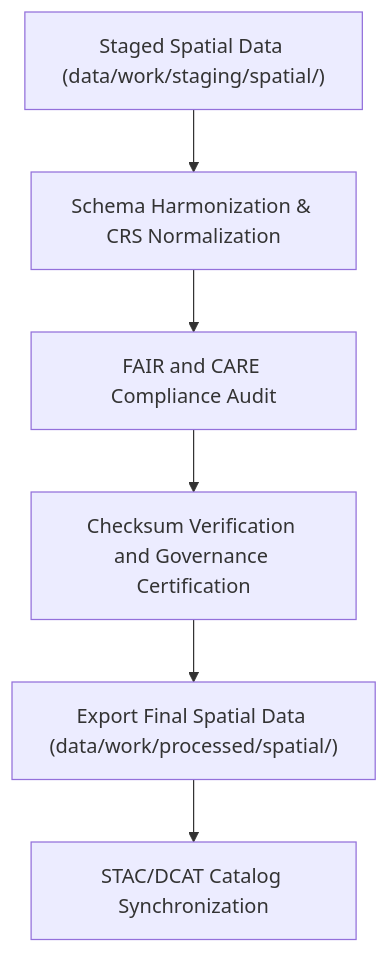
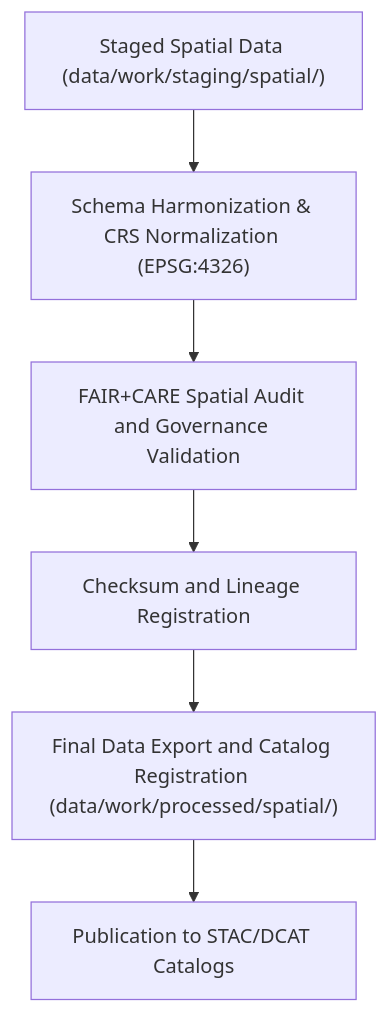
The diagram in data/work/processed/spatial/README.md (bartytime4life/Kansas-Frontier-Matrix), drawn with Mermaid before and after one commit. The commit also changed other lines of this file, not shown here.

````diff
--- a/data/work/processed/spatial/README.md
+++ b/data/work/processed/spatial/README.md
@@ -61,8 +68,8 @@
 ```mermaid
 flowchart TD
-    A["Staged Spatial Data (data/work/staging/spatial/)"] --> B["Schema Harmonization & CRS Normalization"]
-    B --> C["FAIR and CARE Compliance Audit"]
-    C --> D["Checksum Verification and Governance Certification"]
-    D --> E["Export Final Spatial Data (data/work/processed/spatial/)"]
-    E --> F["STAC/DCAT Catalog Synchronization"]
+    A["Staged Spatial Data (data/work/staging/spatial/)"] --> B["Schema Harmonization & CRS Normalization (EPSG:4326)"]
+    B --> C["FAIR+CARE Spatial Audit and Governance Validation"]
+    C --> D["Checksum and Lineage Registration"]
+    D --> E["Final Data Export and Catalog Registration (data/work/processed/spatial/)"]
+    E --> F["Publication to STAC/DCAT Catalogs"]
 ```
````
